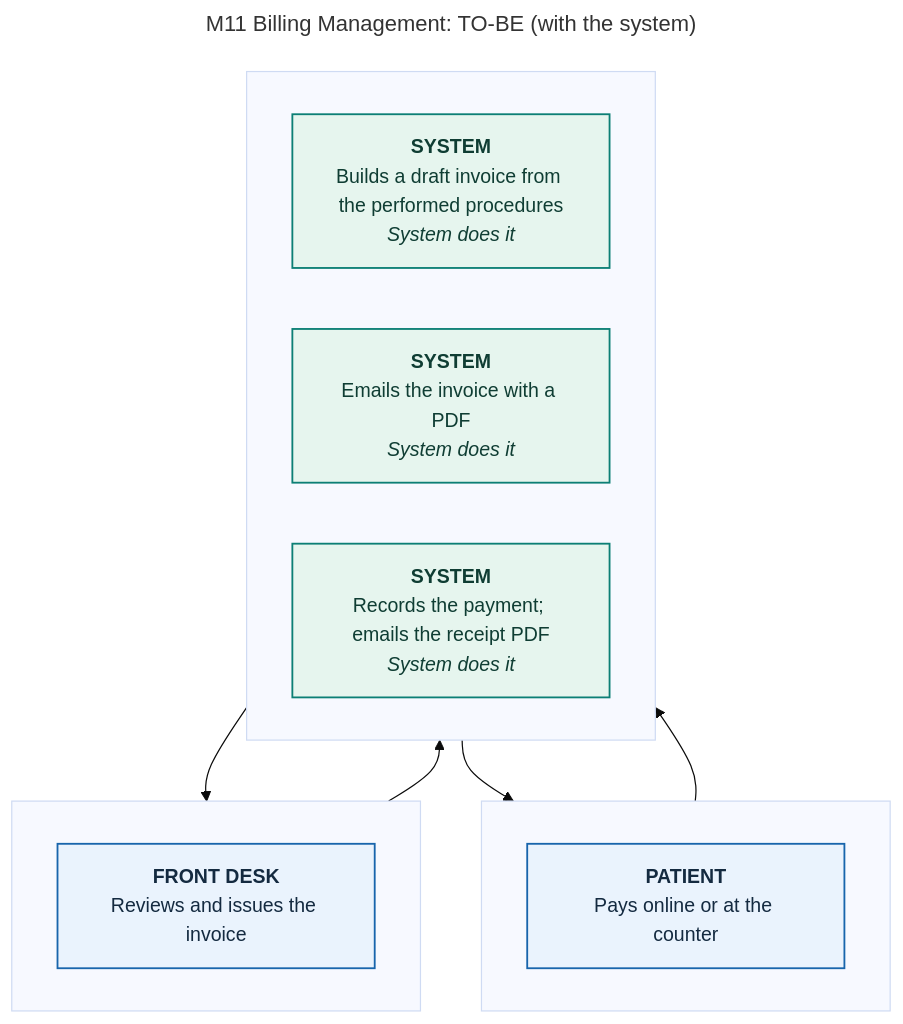
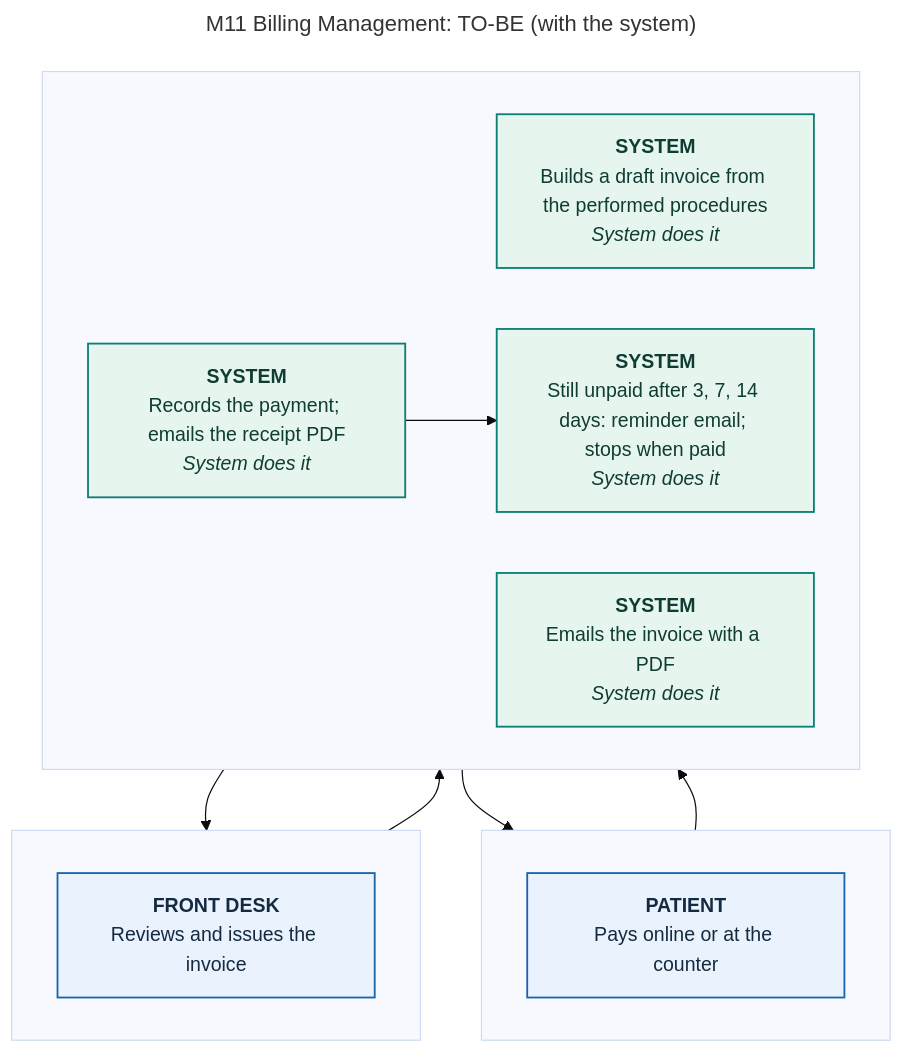
One commit to 0phem/multibranch-dental-clinic changed the diagram in docs/defense/diagrams/M11-billing-management-to-be.mmd. Above: the diagram before and after it, drawn with Mermaid (base theme). The commit also changed 57 other files, not shown here.

First line of the commit message:
docs(defense): automations in modules, evidence, TO-BE diagrams, process PDF, demo script, panel Q&A, screenshots

```diff
--- a/docs/defense/diagrams/M11-billing-management-to-be.mmd
+++ b/docs/defense/diagrams/M11-billing-management-to-be.mmd
@@ -1,28 +1,30 @@
 ---
 title: "M11 Billing Management: TO-BE (with the system)"
 ---
 flowchart TB
     subgraph L0[" "]
     direction LR
       S3["<b>PATIENT</b><br/>Pays online or at the counter"]:::manual
     end
     subgraph L1[" "]
     direction LR
       S1["<b>FRONT DESK</b><br/>Reviews and issues the invoice"]:::manual
     end
     subgraph L4[" "]
     direction LR
       S0["<b>SYSTEM</b><br/>Builds a draft invoice from the performed procedures<br/><i>System does it</i>"]:::auto
       S2["<b>SYSTEM</b><br/>Emails the invoice with a PDF<br/><i>System does it</i>"]:::auto
       S4["<b>SYSTEM</b><br/>Records the payment; emails the receipt PDF<br/><i>System does it</i>"]:::auto
+      S5["<b>SYSTEM</b><br/>Still unpaid after 3, 7, 14 days: reminder email; stops when paid<br/><i>System does it</i>"]:::auto
     end
     S0 --> S1
     S1 --> S2
     S2 --> S3
     S3 --> S4
+    S4 --> S5
     classDef cited fill:#eaf3fd,stroke:#1865ac,color:#142a40,stroke-width:1.5px
     classDef confirm fill:#fffaf0,stroke:#b26a00,color:#5e3c00,stroke-width:1.5px,stroke-dasharray:6 4
     classDef auto fill:#e6f5ee,stroke:#0c7f75,color:#0f3d33,stroke-width:1.5px
     classDef manual fill:#eaf3fd,stroke:#1865ac,color:#142a40,stroke-width:1.5px
     classDef mock fill:#f3f5f7,stroke:#5a6b7d,color:#3a4e63,stroke-width:1.5px,stroke-dasharray:3 3
     classDef planned fill:#ffffff,stroke:#5a6b7d,color:#3a4e63,stroke-width:1.5px,stroke-dasharray:6 4
```
